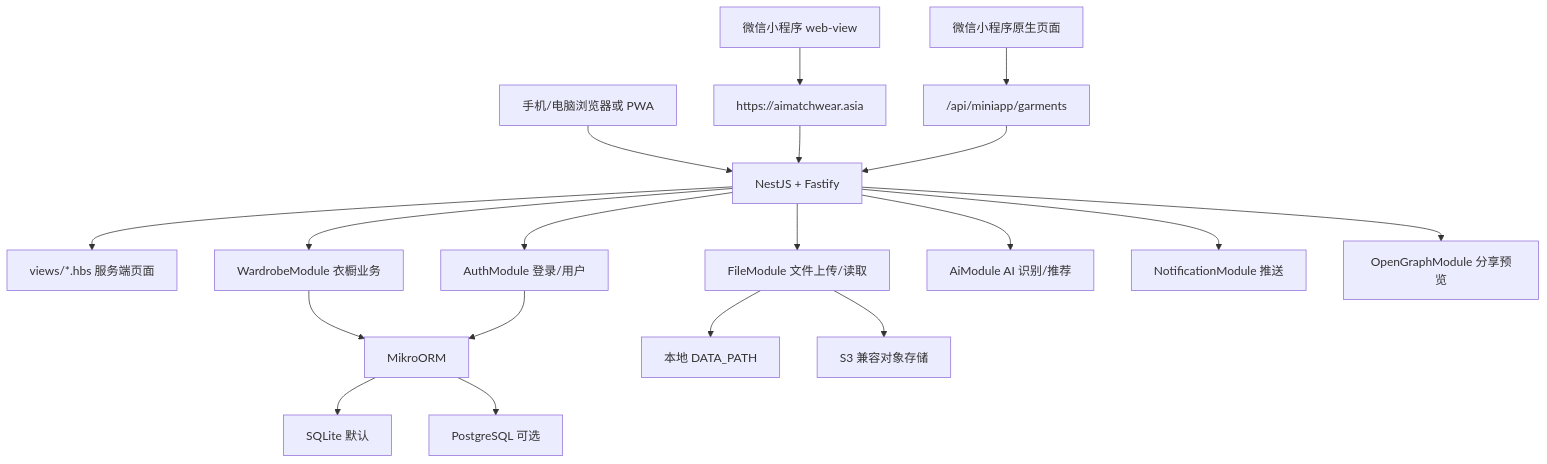
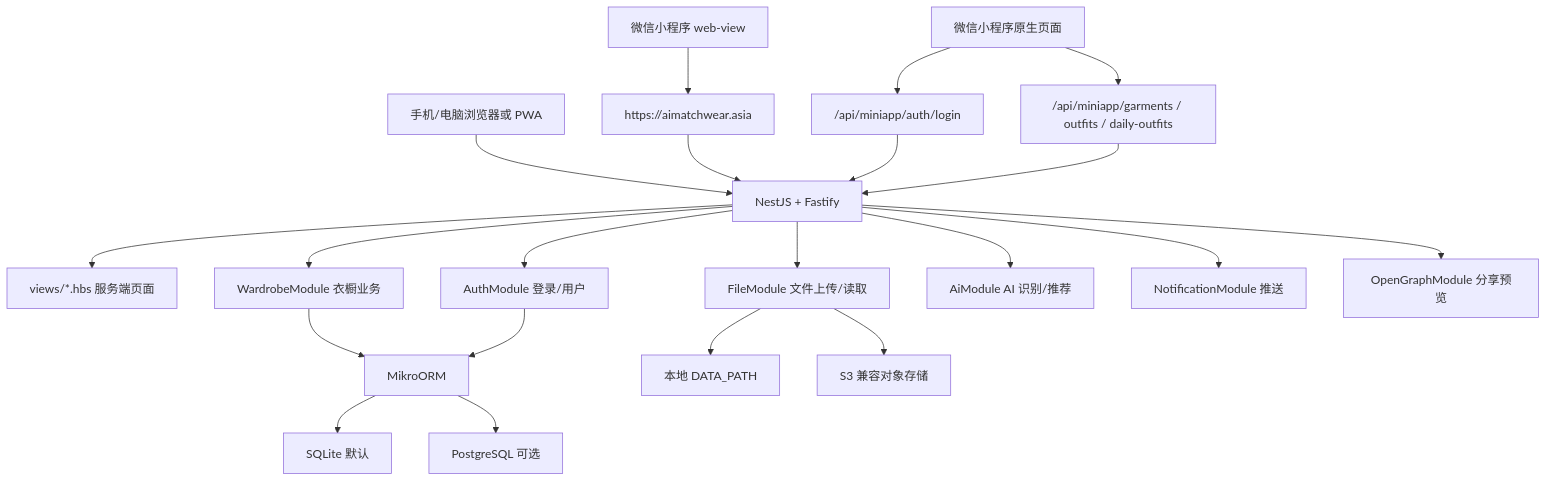
Before and after one commit to kunkunzi996/AI-wardrobe-libre-closet: the first of 6 diagrams in docs/ARCHITECTURE_HANDOFF.md, drawn with Mermaid. The commit also changed other lines of this file and 16 other files, not shown here.

Commit message:
feat: add WeChat miniapp login isolation

````diff
--- a/docs/ARCHITECTURE_HANDOFF.md
+++ b/docs/ARCHITECTURE_HANDOFF.md
@@ -53,23 +53,25 @@
 ```mermaid
 flowchart TD
   UserWeb["手机/电脑浏览器或 PWA"] --> Nest["NestJS + Fastify"]
   MiniWebView["微信小程序 web-view"] --> WebDomain["https://aimatchwear.asia"]
   WebDomain --> Nest
-  MiniNative["微信小程序原生页面"] --> MiniApi["/api/miniapp/garments"]
+  MiniNative["微信小程序原生页面"] --> MiniAuth["/api/miniapp/auth/login"]
+  MiniNative --> MiniApi["/api/miniapp/garments / outfits / daily-outfits"]
+  MiniAuth --> Nest
   MiniApi --> Nest
 
   Nest --> Views["views/*.hbs 服务端页面"]
   Nest --> Wardrobe["WardrobeModule 衣橱业务"]
   Nest --> Auth["AuthModule 登录/用户"]
   Nest --> File["FileModule 文件上传/读取"]
   Nest --> Ai["AiModule AI 识别/推荐"]
   Nest --> Notify["NotificationModule 推送"]
   Nest --> Og["OpenGraphModule 分享预览"]
 
   Wardrobe --> ORM["MikroORM"]
   Auth --> ORM
   File --> Local["本地 DATA_PATH"]
   File --> S3["S3 兼容对象存储"]
   ORM --> SQLite["SQLite 默认"]
   ORM --> Postgres["PostgreSQL 可选"]
 ```
````
